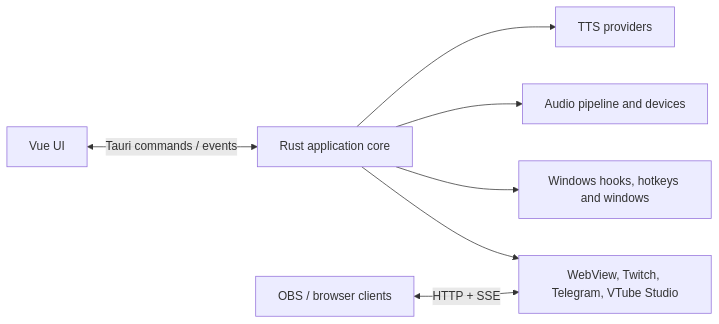
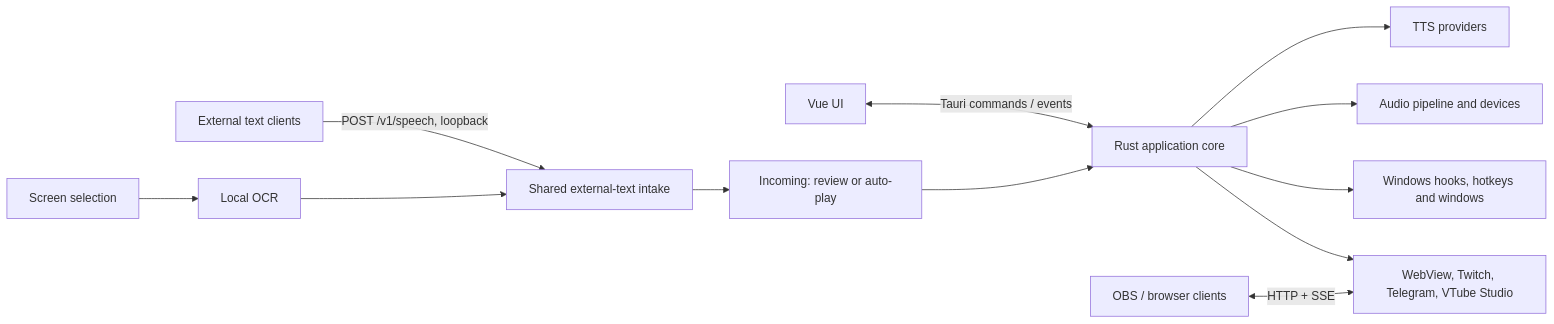
The diagram in docs/development/architecture.md (alksef/TTSBard), drawn with Mermaid before and after one commit. The commit also changed other lines of this file and 50 other files, not shown here.

````diff
--- a/docs/development/architecture.md
+++ b/docs/development/architecture.md
@@ -12,9 +12,12 @@
 ```mermaid
 flowchart LR
     UI["Vue UI"] <-->|"Tauri commands / events"| Core["Rust application core"]
     Core --> TTS["TTS providers"]
     Core --> Audio["Audio pipeline and devices"]
     Core --> OS["Windows hooks, hotkeys and windows"]
     Core --> Services["WebView, Twitch, Telegram, VTube Studio"]
     Browser["OBS / browser clients"] <-->|"HTTP + SSE"| Services
+    External["External text clients"] -->|"POST /v1/speech, loopback"| Intake["Shared external-text intake"]
+    Screen["Screen selection"] --> OCR["Local OCR"] --> Intake
+    Intake --> Inbox["Incoming: review or auto-play"] --> Core
 ```
````
